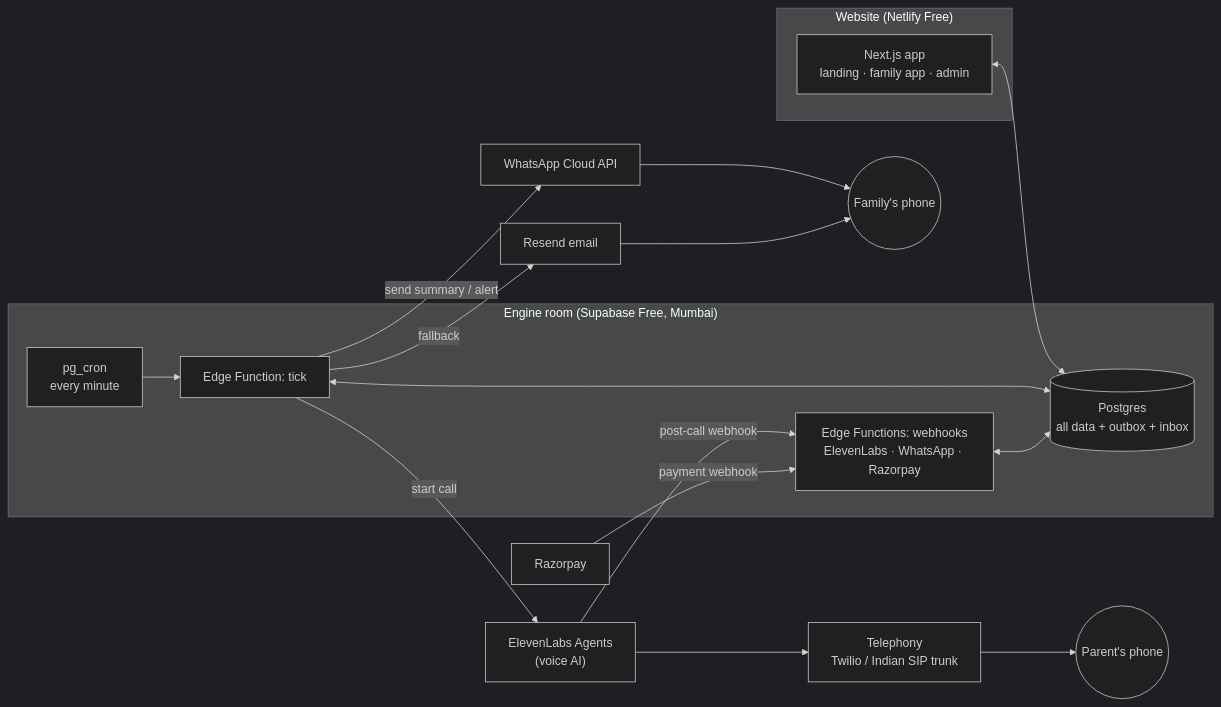
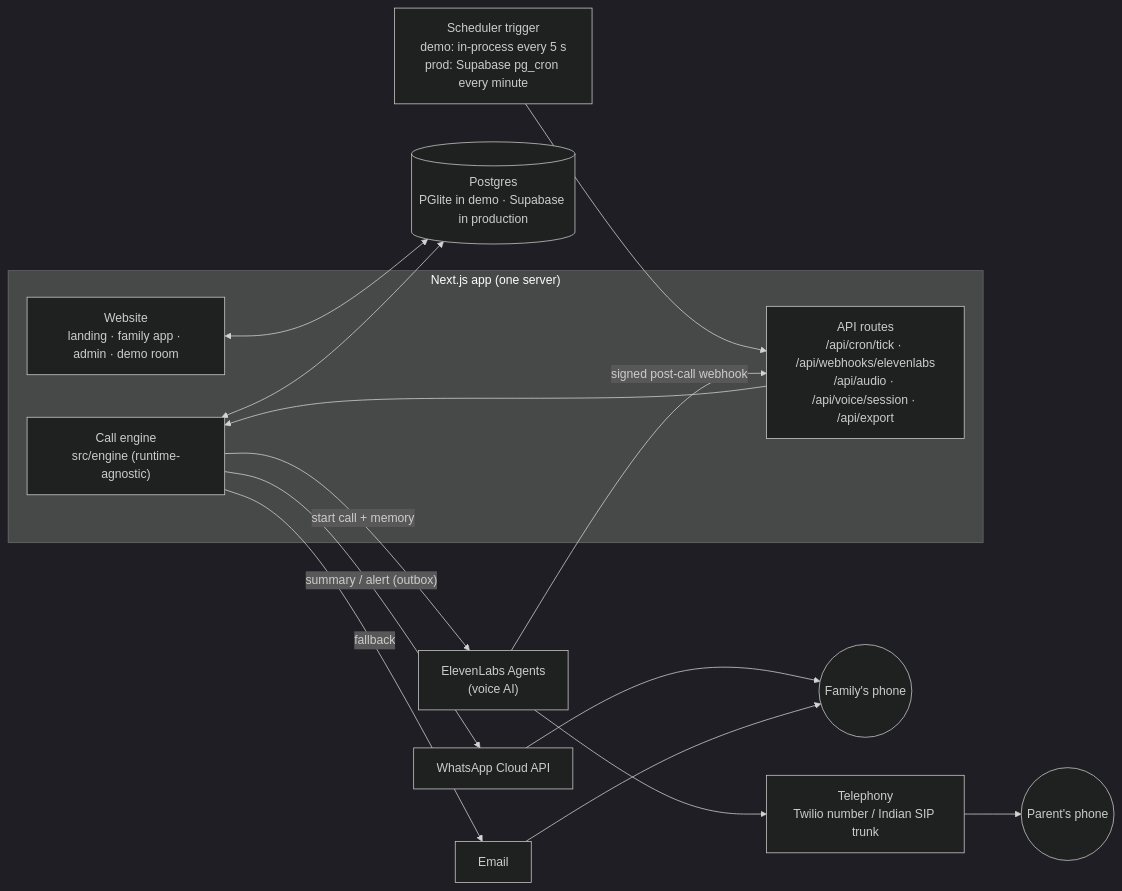
Before and after one commit to winnerghost/khairiyat: the first of 2 diagrams in docs/ARCHITECTURE.md, drawn with Mermaid (dark theme). The commit also changed other lines of this file and 27 other files, not shown here.

````diff
--- a/docs/ARCHITECTURE.md
+++ b/docs/ARCHITECTURE.md
@@ -7,30 +7,24 @@
 ```mermaid
 flowchart LR
-  subgraph Netlify["Website (Netlify Free)"]
-    WEB["Next.js app<br/>landing · family app · admin"]
+  subgraph App["Next.js app (one server)"]
+    WEB["Website<br/>landing · family app · admin · demo room"]
+    ENG["Call engine<br/>src/engine (runtime-agnostic)"]
+    API["API routes<br/>/api/cron/tick · /api/webhooks/elevenlabs<br/>/api/audio · /api/voice/session · /api/export"]
   end
-  subgraph Supabase["Engine room (Supabase Free, Mumbai)"]
-    DB[("Postgres<br/>all data + outbox + inbox")]
-    CRON["pg_cron<br/>every minute"]
-    TICK["Edge Function: tick"]
-    WH["Edge Functions: webhooks<br/>ElevenLabs · WhatsApp · Razorpay"]
-  end
+  DB[("Postgres<br/>PGlite in demo · Supabase in production")]
+  CRON["Scheduler trigger<br/>demo: in-process every 5 s<br/>prod: Supabase pg_cron every minute"]
   EL["ElevenLabs Agents<br/>(voice AI)"]
-  TEL["Telephony<br/>Twilio / Indian SIP trunk"]
+  TEL["Telephony<br/>Twilio number / Indian SIP trunk"]
   WA["WhatsApp Cloud API"]
-  EM["Resend email"]
-  RZ["Razorpay"]
+  EM["Email"]
   PARENT(("Parent's phone"))
   FAMILY(("Family's phone"))
 
   WEB <--> DB
-  CRON --> TICK
-  TICK <--> DB
-  TICK -- "start call" --> EL
-  EL --> TEL --> PARENT
-  EL -- "post-call webhook" --> WH
-  WH <--> DB
-  TICK -- "send summary / alert" --> WA --> FAMILY
-  TICK -- "fallback" --> EM --> FAMILY
-  RZ -- "payment webhook" --> WH
+  CRON --> API --> ENG
+  ENG <--> DB
+  ENG -- "start call + memory" --> EL --> TEL --> PARENT
+  EL -- "signed post-call webhook" --> API
+  ENG -- "summary / alert (outbox)" --> WA --> FAMILY
+  ENG -- "fallback" --> EM --> FAMILY
 ```
````
